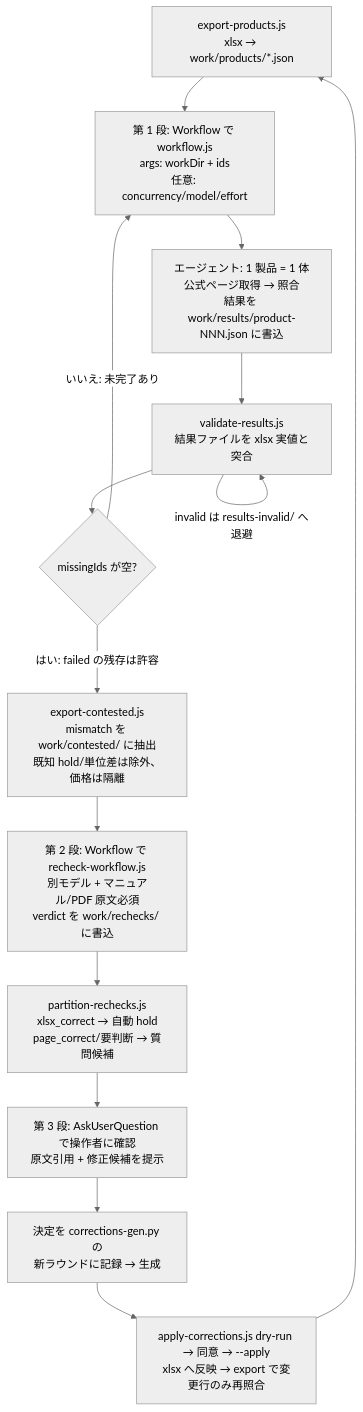
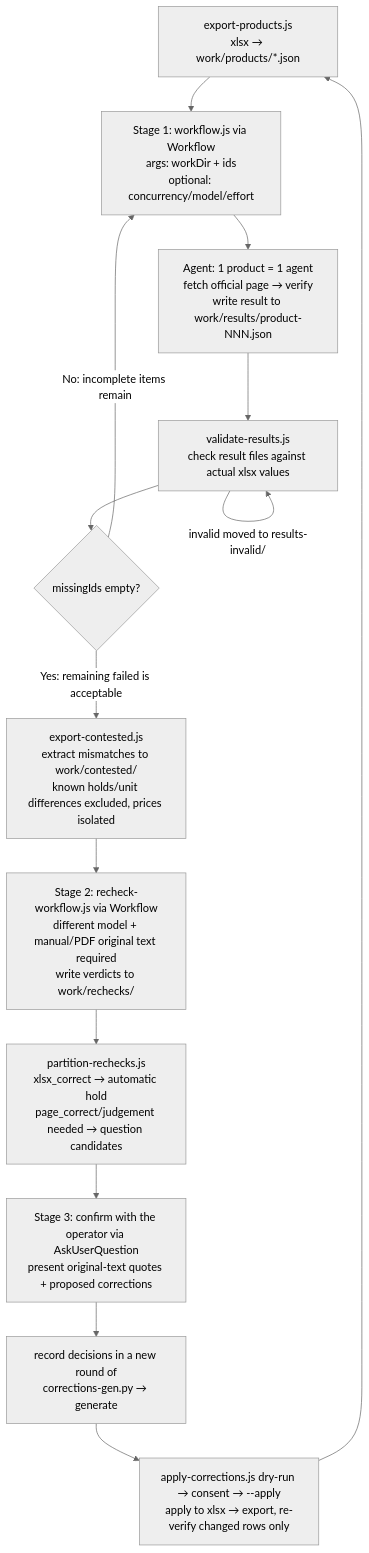
The diagram in tools/verify/README.md (semnil/audio-interface-compare-site), drawn with Mermaid (neutral theme) before and after one commit. The commit also changed other lines of this file and 4 other files, not shown here.

````diff
--- a/tools/verify/README.md
+++ b/tools/verify/README.md
@@ -9,16 +11,16 @@
 ```mermaid
 flowchart TD
-    A[export-products.js\nxlsx → work/products/*.json] --> B[第 1 段: Workflow で workflow.js\nargs: workDir + ids\n任意: concurrency/model/effort]
-    B --> C[エージェント: 1 製品 = 1 体\n公式ページ取得 → 照合\n結果を work/results/product-NNN.json に書込]
-    C --> D[validate-results.js\n結果ファイルを xlsx 実値と突合]
-    D -->|invalid は results-invalid/ へ退避| D
-    D --> E{missingIds が空?}
-    E -->|いいえ: 未完了あり| B
-    E -->|はい: failed の残存は許容| F[export-contested.js\nmismatch を work/contested/ に抽出\n既知 hold/単位差は除外、価格は隔離]
-    F --> G[第 2 段: Workflow で recheck-workflow.js\n別モデル + マニュアル/PDF 原文必須\nverdict を work/rechecks/ に書込]
-    G --> H[partition-rechecks.js\nxlsx_correct → 自動 hold\npage_correct/要判断 → 質問候補]
-    H --> I[第 3 段: AskUserQuestion で操作者に確認\n原文引用 + 修正候補を提示]
-    I --> J[決定を corrections-gen.py の\n新ラウンドに記録 → 生成]
-    J --> K[apply-corrections.js dry-run → 同意 → --apply\nxlsx へ反映 → export で変更行のみ再照合]
+    A[export-products.js\nxlsx → work/products/*.json] --> B[Stage 1: workflow.js via Workflow\nargs: workDir + ids\noptional: concurrency/model/effort]
+    B --> C[Agent: 1 product = 1 agent\nfetch official page → verify\nwrite result to work/results/product-NNN.json]
+    C --> D[validate-results.js\ncheck result files against actual xlsx values]
+    D -->|invalid moved to results-invalid/| D
+    D --> E{missingIds empty?}
+    E -->|No: incomplete items remain| B
+    E -->|Yes: remaining failed is acceptable| F[export-contested.js\nextract mismatches to work/contested/\nknown holds/unit differences excluded, prices isolated]
+    F --> G[Stage 2: recheck-workflow.js via Workflow\ndifferent model + manual/PDF original text required\nwrite verdicts to work/rechecks/]
+    G --> H[partition-rechecks.js\nxlsx_correct → automatic hold\npage_correct/judgement needed → question candidates]
+    H --> I[Stage 3: confirm with the operator via AskUserQuestion\npresent original-text quotes + proposed corrections]
+    I --> J[record decisions in a new round of\ncorrections-gen.py → generate]
+    J --> K[apply-corrections.js dry-run → consent → --apply\napply to xlsx → export, re-verify changed rows only]
     K --> A
 ```
````
